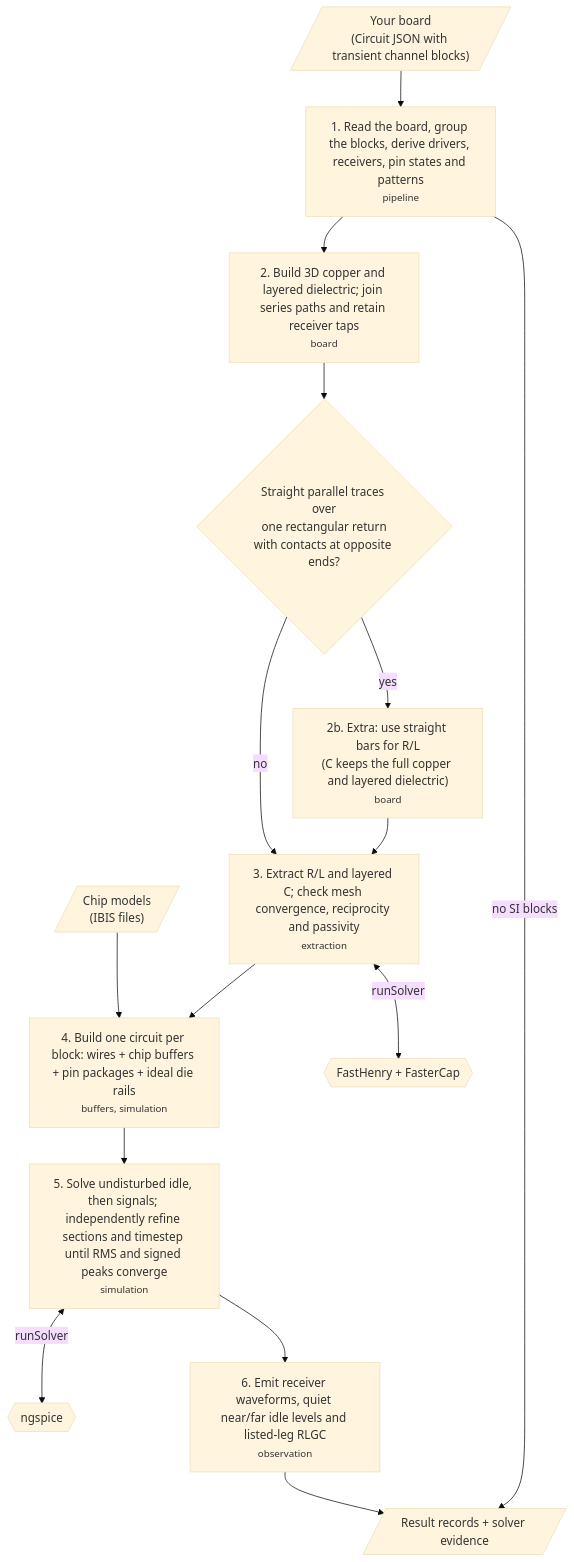
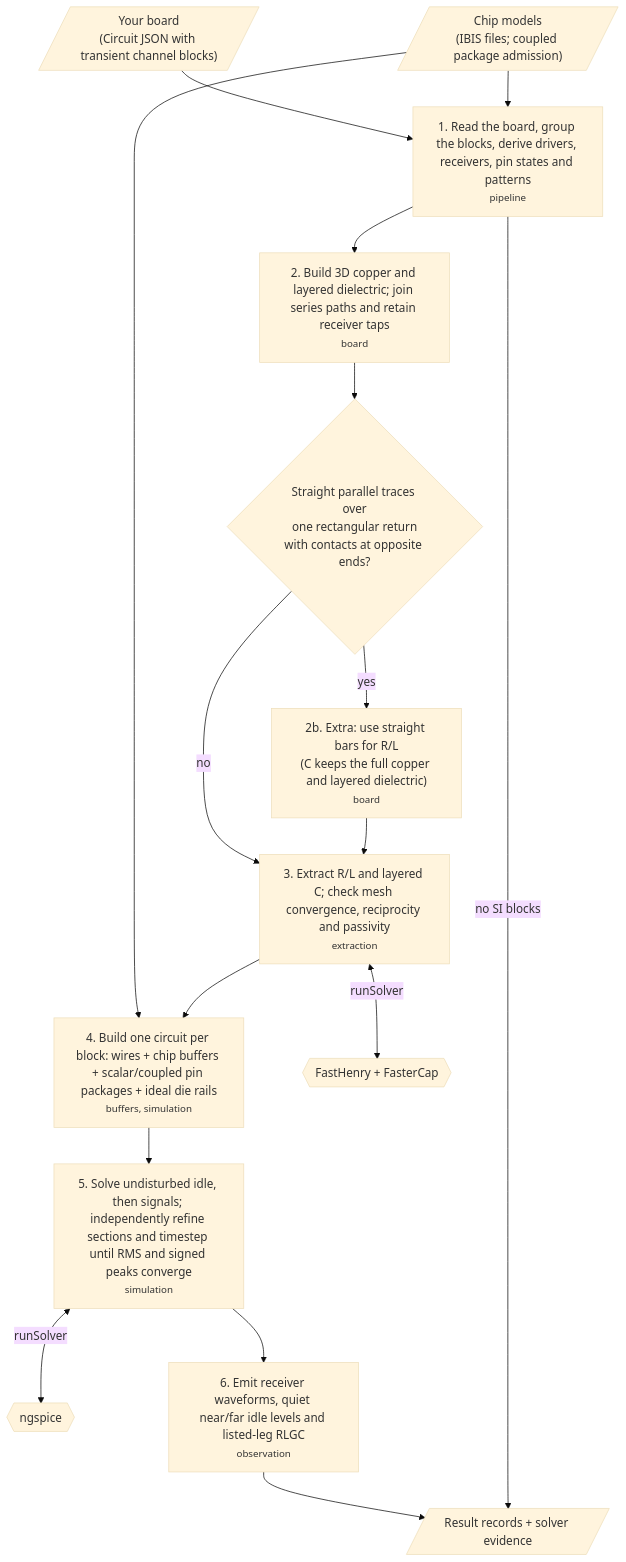
One commit to tscircuit/pcb-spice-pipeline changed the first of 2 diagrams in README.md. Above: the diagram before and after it, drawn with Mermaid (base theme). The commit also changed other lines of this file and 15 other files, not shown here.

Commit message:
feat: parse and realize passive coupled IBIS package matrices

````diff
--- a/README.md
+++ b/README.md
@@ -67,17 +70,18 @@
 ```mermaid
 flowchart TD
   board[/"Your board<br/>(Circuit JSON with transient channel blocks)"/] --> s1["1. Read the board, group the blocks, derive drivers, receivers, pin states and patterns<br/><small>pipeline</small>"]
-  chips[/"Chip models<br/>(IBIS files)"/] --> s4
+  chips[/"Chip models<br/>(IBIS files; coupled package admission)"/] --> s1
+  chips --> s4
   s1 --> s2["2. Build 3D copper and layered dielectric; join series paths and retain receiver taps<br/><small>board</small>"]
   s2 --> q{"Straight parallel traces over<br/>one rectangular return<br/>with contacts at opposite ends?"}
   q -->|"yes"| s2b["2b. Extra: use straight bars for R/L<br/>(C keeps the full copper and layered dielectric)<br/><small>board</small>"]
   q -->|"no"| s3
   s2b --> s3["3. Extract R/L and layered C; check mesh convergence, reciprocity and passivity<br/><small>extraction</small>"]
   s3 <-->|"runSolver"| fs{{"FastHenry + FasterCap"}}
-  s3 --> s4["4. Build one circuit per block: wires + chip buffers + pin packages + ideal die rails<br/><small>buffers, simulation</small>"]
+  s3 --> s4["4. Build one circuit per block: wires + chip buffers + scalar/coupled pin packages + ideal die rails<br/><small>buffers, simulation</small>"]
   s4 --> s5["5. Solve undisturbed idle, then signals; independently refine sections and timestep until RMS and signed peaks converge<br/><small>simulation</small>"]
   s5 <-->|"runSolver"| ng{{"ngspice"}}
   s5 --> s6["6. Emit receiver waveforms, quiet near/far idle levels and listed-leg RLGC<br/><small>observation</small>"]
   s6 --> out[/"Result records + solver evidence"/]
   s1 -->|"no SI blocks"| out
 ```
````
